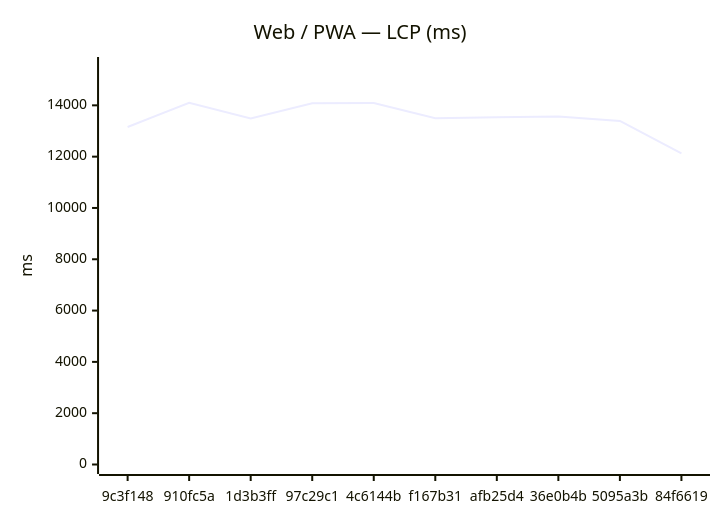
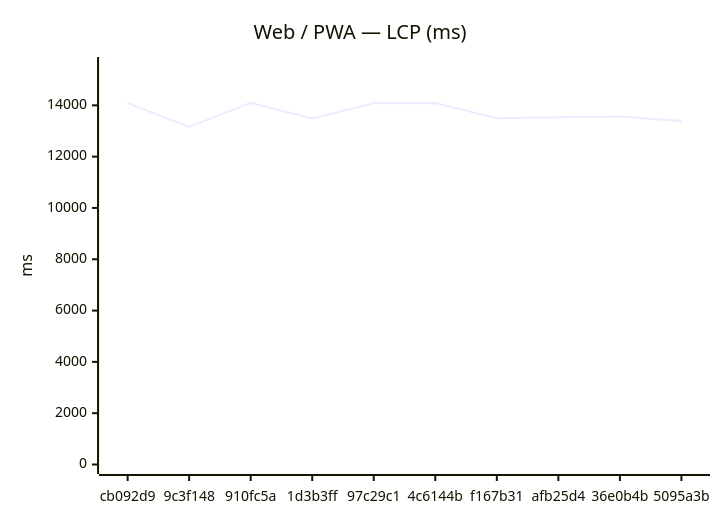
Before and after one commit to Metaheurist/Rianell: the first of 18 diagrams in benchmarks/compare.md, drawn with Mermaid. The commit also changed other lines of this file and 11 other files, not shown here.

````diff
--- a/benchmarks/compare.md
+++ b/benchmarks/compare.md
@@ -24,7 +24,7 @@
 ```mermaid
 xychart-beta
     title "Web / PWA — LCP (ms)"
-    x-axis ["9c3f148", "910fc5a", "1d3b3ff", "97c29c1", "4c6144b", "f167b31", "afb25d4", "36e0b4b", "5095a3b", "84f6619"]
+    x-axis ["cb092d9", "9c3f148", "910fc5a", "1d3b3ff", "97c29c1", "4c6144b", "f167b31", "afb25d4", "36e0b4b", "5095a3b"]
     y-axis "ms" 0 --> 15514
-    line [13157, 14103, 13484, 14084, 14094, 13501, 13531, 13563, 13394, 12124]
+    line [14089, 13157, 14103, 13484, 14084, 14094, 13501, 13531, 13563, 13394]
 ```
````
